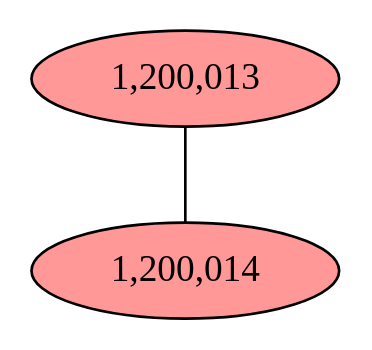
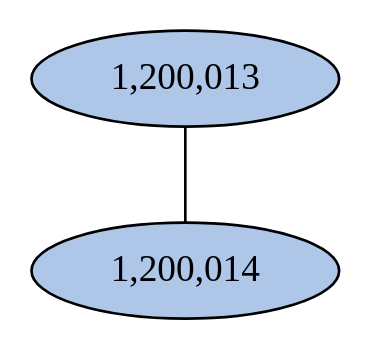
The diagram in notebooks/graphs/CAMP_cc10.gv (fedarko/sheepgut), drawn with Graphviz before and after one commit. The commit also changed 48 other files, not shown here.

```diff
--- a/notebooks/graphs/CAMP_cc10.gv
+++ b/notebooks/graphs/CAMP_cc10.gv
@@ -1,7 +1,7 @@
 graph CAMP_cc10 {
 	overlap="prism50";
 	outputorder="edgesfirst";
-	"1,200,013" [style="filled", fillcolor="#ff9896", fontcolor="#000000"];
-	"1,200,014" [style="filled", fillcolor="#ff9896", fontcolor="#000000"];
+	"1,200,013" [style="filled", fillcolor="#aec7e8", fontcolor="#000000"];
+	"1,200,014" [style="filled", fillcolor="#aec7e8", fontcolor="#000000"];
 	"1,200,013" -- "1,200,014";
 }
```
